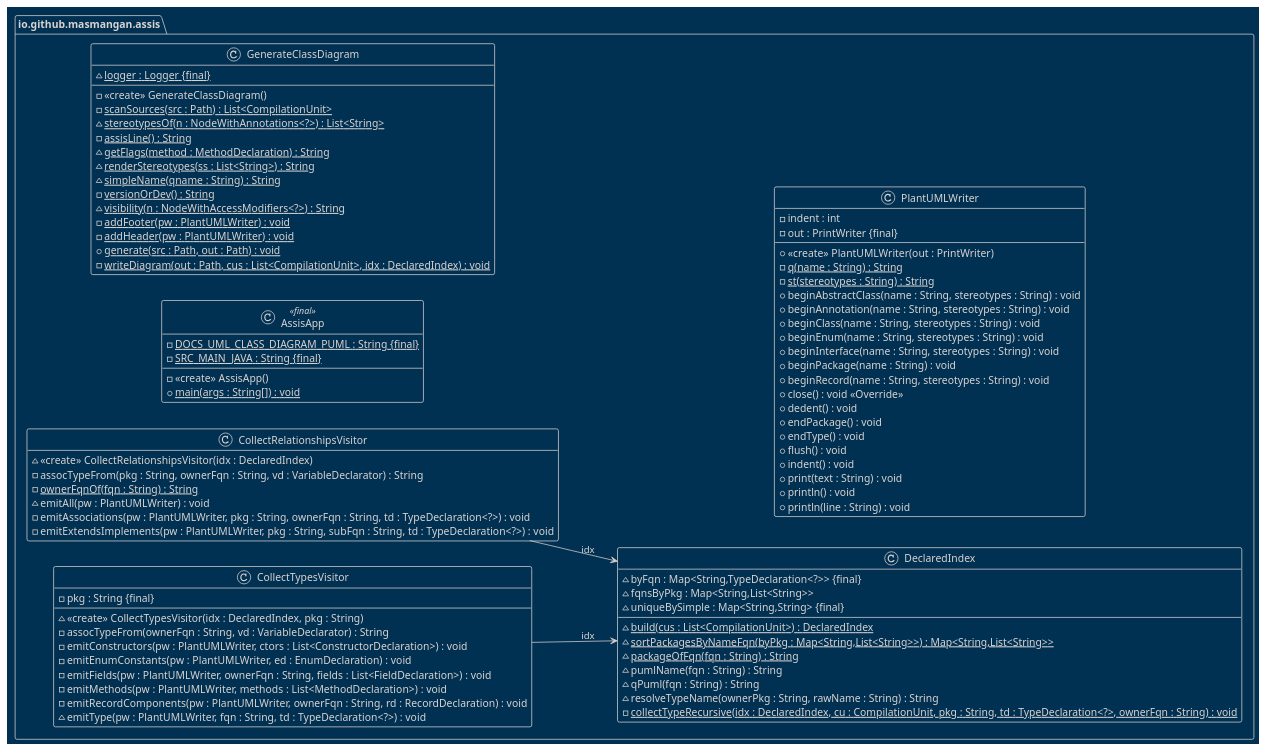
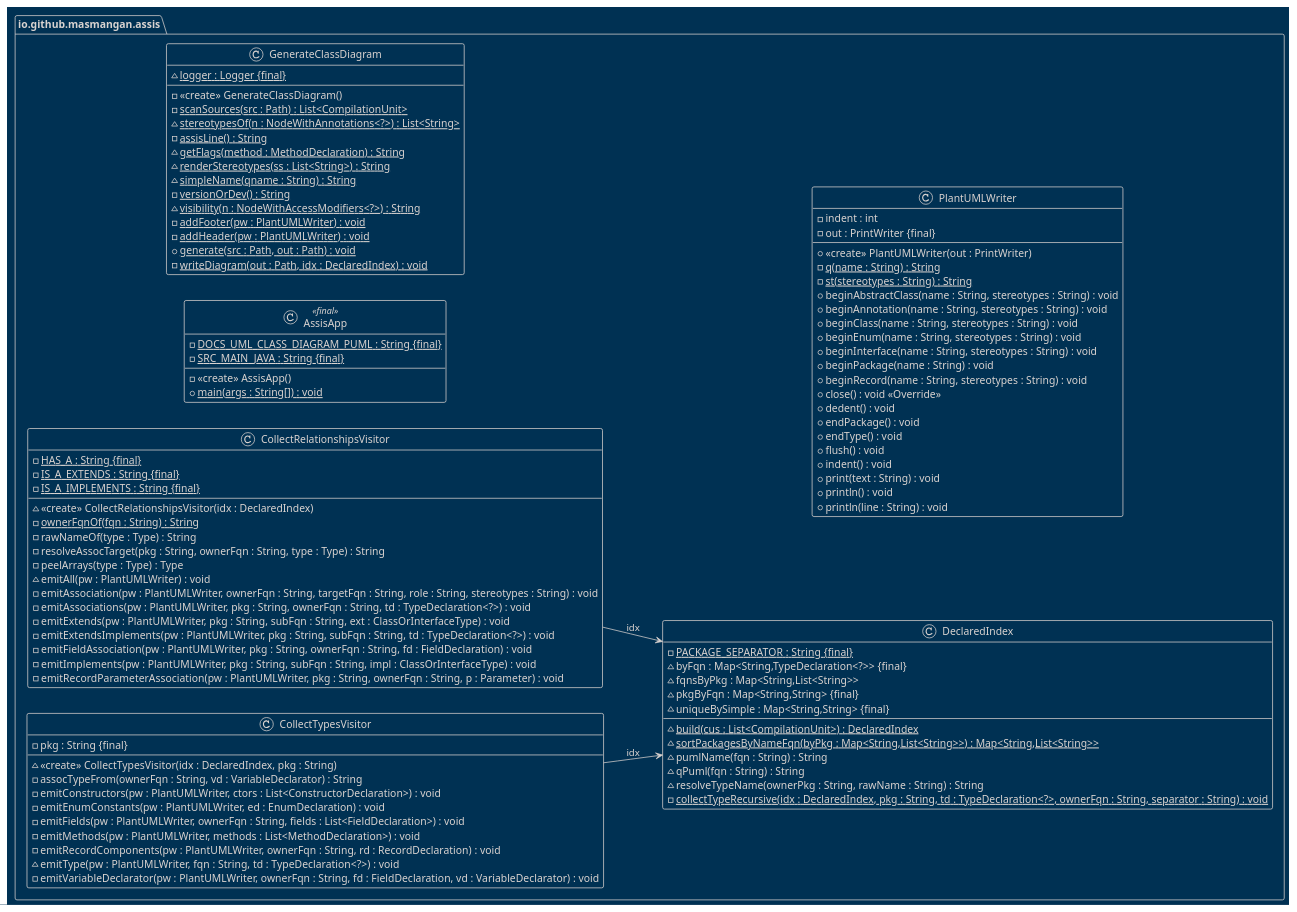
One commit to masmangan/assis changed the diagram in assis-core/docs/diagrams/src/class-diagram.puml. Above: the diagram before and after it, drawn with PlantUML.

Commit message:
docs: ASSIS class diagram update.

```diff
--- a/assis-core/docs/diagrams/src/class-diagram.puml
+++ b/assis-core/docs/diagrams/src/class-diagram.puml
@@ -1,94 +1,106 @@
 @startuml class-diagram
 
 hide empty members
 
 !theme blueprint
 !pragma useIntermediatePackages false
 
 package "io.github.masmangan.assis" {
   class "io.github.masmangan.assis.AssisApp" <<final>> {
     - {static} DOCS_UML_CLASS_DIAGRAM_PUML : String {final}
     - {static} SRC_MAIN_JAVA : String {final}
     - <<create>> AssisApp()
     + main(args : String[]) : void {static}
   }
   class "io.github.masmangan.assis.CollectRelationshipsVisitor" {
+    - {static} HAS_A : String {final}
+    - {static} IS_A_EXTENDS : String {final}
+    - {static} IS_A_IMPLEMENTS : String {final}
     ~ <<create>> CollectRelationshipsVisitor(idx : DeclaredIndex)
-    - assocTypeFrom(pkg : String, ownerFqn : String, vd : VariableDeclarator) : String
     - ownerFqnOf(fqn : String) : String {static}
+    - rawNameOf(type : Type) : String
+    - resolveAssocTarget(pkg : String, ownerFqn : String, type : Type) : String
+    - peelArrays(type : Type) : Type
     ~ emitAll(pw : PlantUMLWriter) : void
+    - emitAssociation(pw : PlantUMLWriter, ownerFqn : String, targetFqn : String, role : String, stereotypes : String) : void
     - emitAssociations(pw : PlantUMLWriter, pkg : String, ownerFqn : String, td : TypeDeclaration<?>) : void
+    - emitExtends(pw : PlantUMLWriter, pkg : String, subFqn : String, ext : ClassOrInterfaceType) : void
     - emitExtendsImplements(pw : PlantUMLWriter, pkg : String, subFqn : String, td : TypeDeclaration<?>) : void
+    - emitFieldAssociation(pw : PlantUMLWriter, pkg : String, ownerFqn : String, fd : FieldDeclaration) : void
+    - emitImplements(pw : PlantUMLWriter, pkg : String, subFqn : String, impl : ClassOrInterfaceType) : void
+    - emitRecordParameterAssociation(pw : PlantUMLWriter, pkg : String, ownerFqn : String, p : Parameter) : void
   }
   class "io.github.masmangan.assis.CollectTypesVisitor" {
     - pkg : String {final}
     ~ <<create>> CollectTypesVisitor(idx : DeclaredIndex, pkg : String)
     - assocTypeFrom(ownerFqn : String, vd : VariableDeclarator) : String
     - emitConstructors(pw : PlantUMLWriter, ctors : List<ConstructorDeclaration>) : void
     - emitEnumConstants(pw : PlantUMLWriter, ed : EnumDeclaration) : void
     - emitFields(pw : PlantUMLWriter, ownerFqn : String, fields : List<FieldDeclaration>) : void
     - emitMethods(pw : PlantUMLWriter, methods : List<MethodDeclaration>) : void
     - emitRecordComponents(pw : PlantUMLWriter, ownerFqn : String, rd : RecordDeclaration) : void
     ~ emitType(pw : PlantUMLWriter, fqn : String, td : TypeDeclaration<?>) : void
+    - emitVariableDeclarator(pw : PlantUMLWriter, ownerFqn : String, fd : FieldDeclaration, vd : VariableDeclarator) : void
   }
   class "io.github.masmangan.assis.DeclaredIndex" {
+    - {static} PACKAGE_SEPARATOR : String {final}
     ~ byFqn : Map<String,TypeDeclaration<?>> {final}
     ~ fqnsByPkg : Map<String,List<String>>
+    ~ pkgByFqn : Map<String,String> {final}
     ~ uniqueBySimple : Map<String,String> {final}
     ~ build(cus : List<CompilationUnit>) : DeclaredIndex {static}
     ~ sortPackagesByNameFqn(byPkg : Map<String,List<String>>) : Map<String,List<String>> {static}
-    ~ packageOfFqn(fqn : String) : String {static}
     ~ pumlName(fqn : String) : String
     ~ qPuml(fqn : String) : String
     ~ resolveTypeName(ownerPkg : String, rawName : String) : String
-    - collectTypeRecursive(idx : DeclaredIndex, cu : CompilationUnit, pkg : String, td : TypeDeclaration<?>, ownerFqn : String) : void {static}
+    - collectTypeRecursive(idx : DeclaredIndex, pkg : String, td : TypeDeclaration<?>, ownerFqn : String, separator : String) : void {static}
   }
   class "io.github.masmangan.assis.GenerateClassDiagram" {
     ~ {static} logger : Logger {final}
     - <<create>> GenerateClassDiagram()
     - scanSources(src : Path) : List<CompilationUnit> {static}
     ~ stereotypesOf(n : NodeWithAnnotations<?>) : List<String> {static}
     - assisLine() : String {static}
     ~ getFlags(method : MethodDeclaration) : String {static}
     ~ renderStereotypes(ss : List<String>) : String {static}
     ~ simpleName(qname : String) : String {static}
     - versionOrDev() : String {static}
     ~ visibility(n : NodeWithAccessModifiers<?>) : String {static}
     - addFooter(pw : PlantUMLWriter) : void {static}
     - addHeader(pw : PlantUMLWriter) : void {static}
     + generate(src : Path, out : Path) : void {static}
-    - writeDiagram(out : Path, cus : List<CompilationUnit>, idx : DeclaredIndex) : void {static}
+    - writeDiagram(out : Path, idx : DeclaredIndex) : void {static}
   }
   class "io.github.masmangan.assis.PlantUMLWriter" {
     - indent : int
     - out : PrintWriter {final}
     + <<create>> PlantUMLWriter(out : PrintWriter)
     - q(name : String) : String {static}
     - st(stereotypes : String) : String {static}
     + beginAbstractClass(name : String, stereotypes : String) : void
     + beginAnnotation(name : String, stereotypes : String) : void
     + beginClass(name : String, stereotypes : String) : void
     + beginEnum(name : String, stereotypes : String) : void
     + beginInterface(name : String, stereotypes : String) : void
     + beginPackage(name : String) : void
     + beginRecord(name : String, stereotypes : String) : void
     + close() : void <<Override>>
     + dedent() : void
     + endPackage() : void
     + endType() : void
     + flush() : void
     + indent() : void
     + print(text : String) : void
     + println() : void
     + println(line : String) : void
   }
 }
 "io.github.masmangan.assis.CollectRelationshipsVisitor" --> "io.github.masmangan.assis.DeclaredIndex" : idx
 "io.github.masmangan.assis.CollectTypesVisitor" --> "io.github.masmangan.assis.DeclaredIndex" : idx
 
 left to right direction
 
 ' Generated with ASSIS (Java -> UML)
 ' https://github.com/masmangan/assis
 
 @enduml
```
